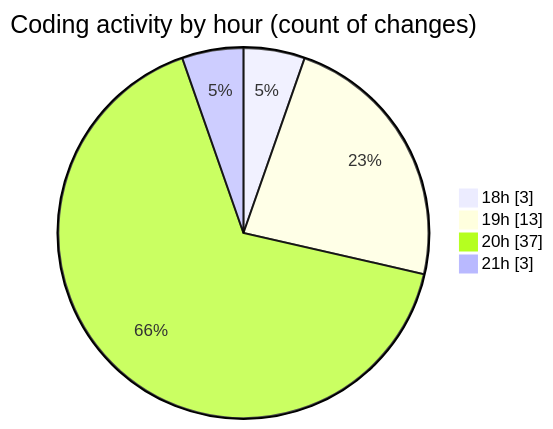
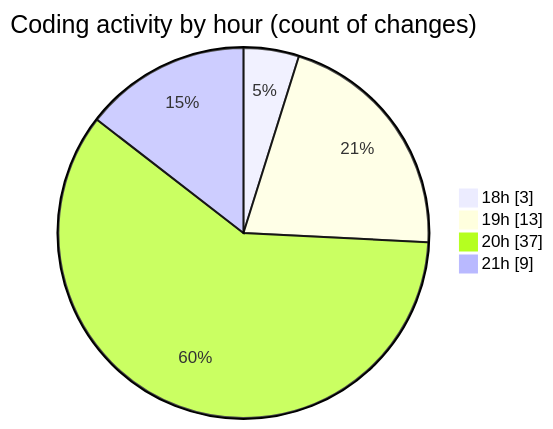
The second of 2 diagrams in 2025-03-20/myws__workspace_/README.md (MatusMokan/code-tracking), drawn with Mermaid before and after one commit. The commit also changed other lines of this file and 1 other file, not shown here.

````diff
--- a/2025-03-20/myws__workspace_/README.md
+++ b/2025-03-20/myws__workspace_/README.md
@@ -30,8 +30,8 @@
 ```mermaid
 pie showData
 title Coding activity by hour (count of changes)
 "18h" : 3
 "19h" : 13
 "20h" : 37
-"21h" : 3
+"21h" : 9
 ```
````
